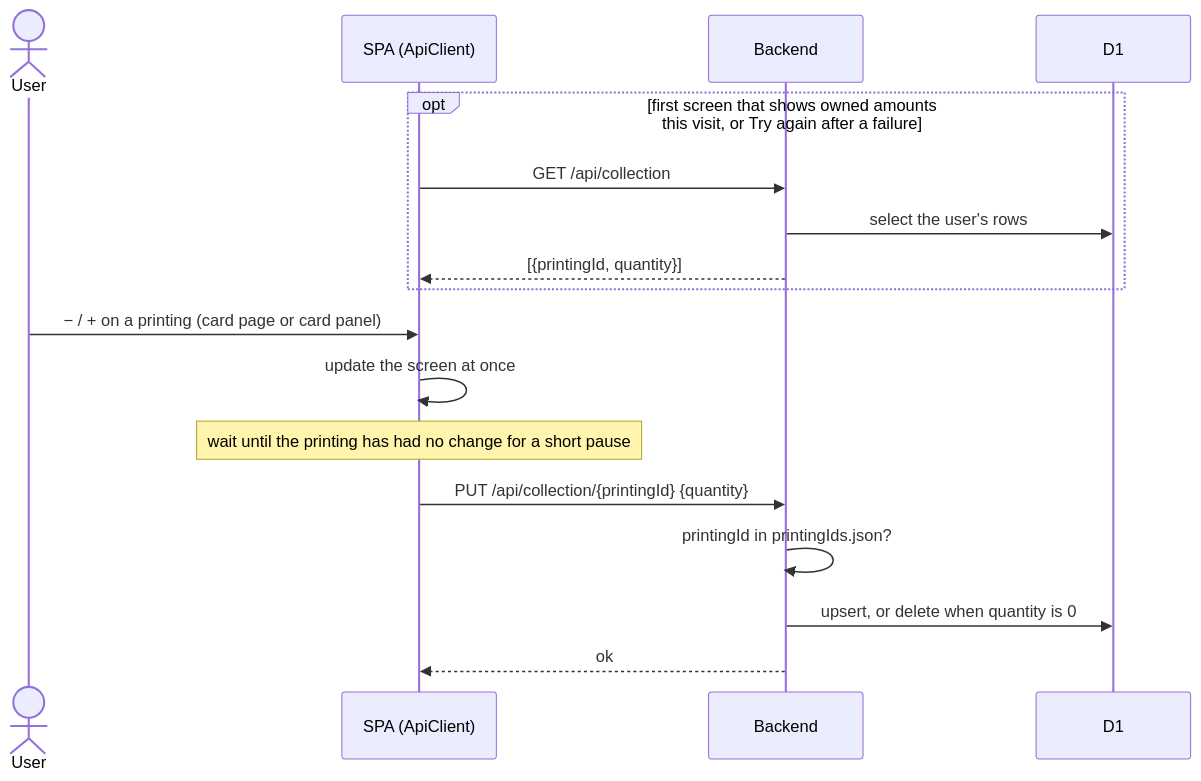
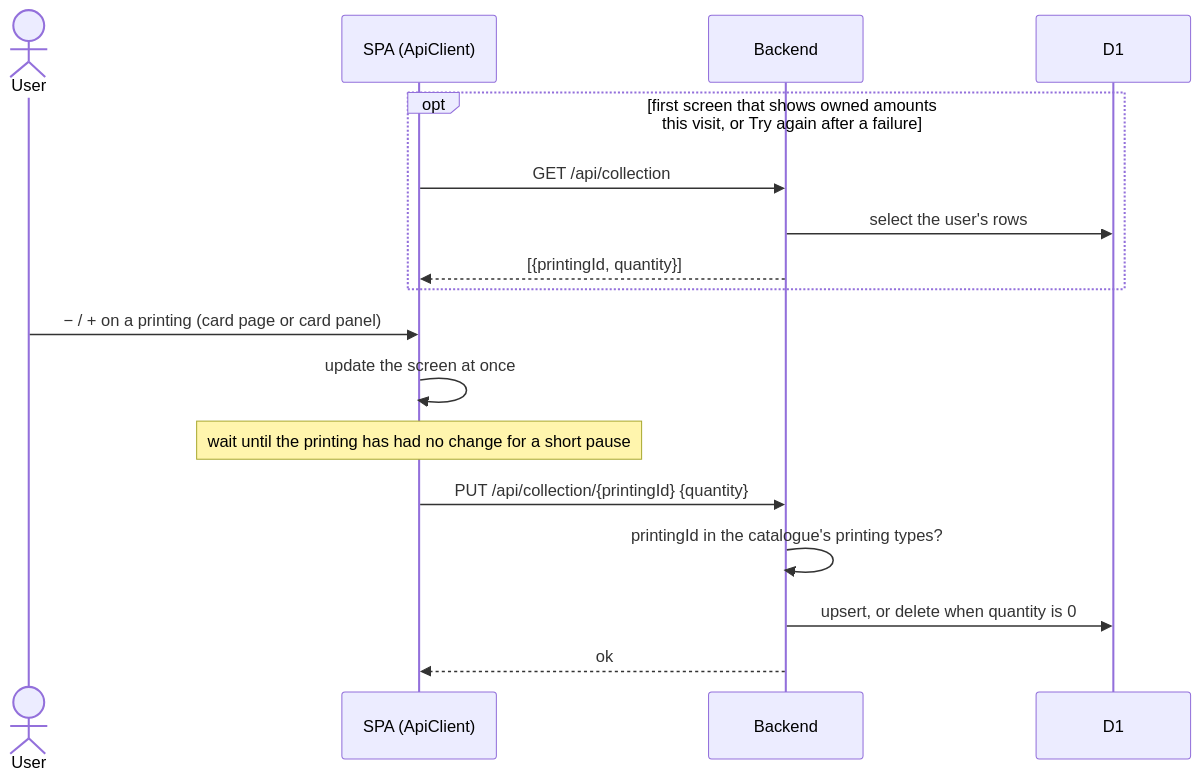
The fifth of 7 diagrams in docs/03-data-and-flows.md (NichAnti/runebinder), drawn with Mermaid before and after one commit. The commit also changed other lines of this file and 28 other files, not shown here.

````diff
--- a/docs/03-data-and-flows.md
+++ b/docs/03-data-and-flows.md
@@ -277,19 +277,19 @@
 ```mermaid
 sequenceDiagram
   actor U as User
   participant S as SPA (ApiClient)
   participant W as Backend
   participant DB as D1
   opt first screen that shows owned amounts this visit, or Try again after a failure
     S->>W: GET /api/collection
     W->>DB: select the user's rows
     W-->>S: [{printingId, quantity}]
   end
   U->>S: − / + on a printing (card page or card panel)
   S->>S: update the screen at once
   Note over S: wait until the printing has had no change for a short pause
   S->>W: PUT /api/collection/{printingId} {quantity}
-  W->>W: printingId in printingIds.json?
+  W->>W: printingId in the catalogue's printing types?
   W->>DB: upsert, or delete when quantity is 0
   W-->>S: ok
 ```
````
